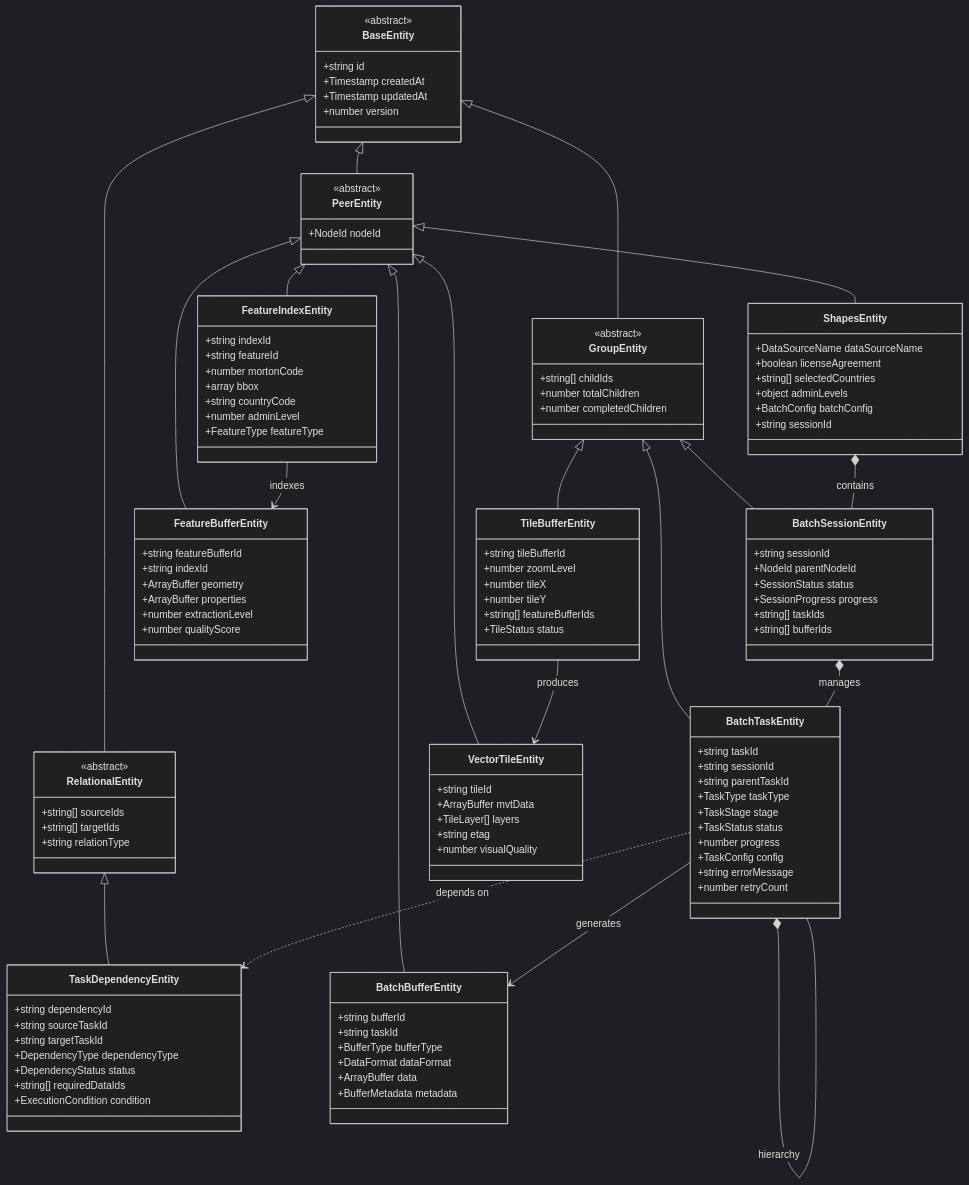
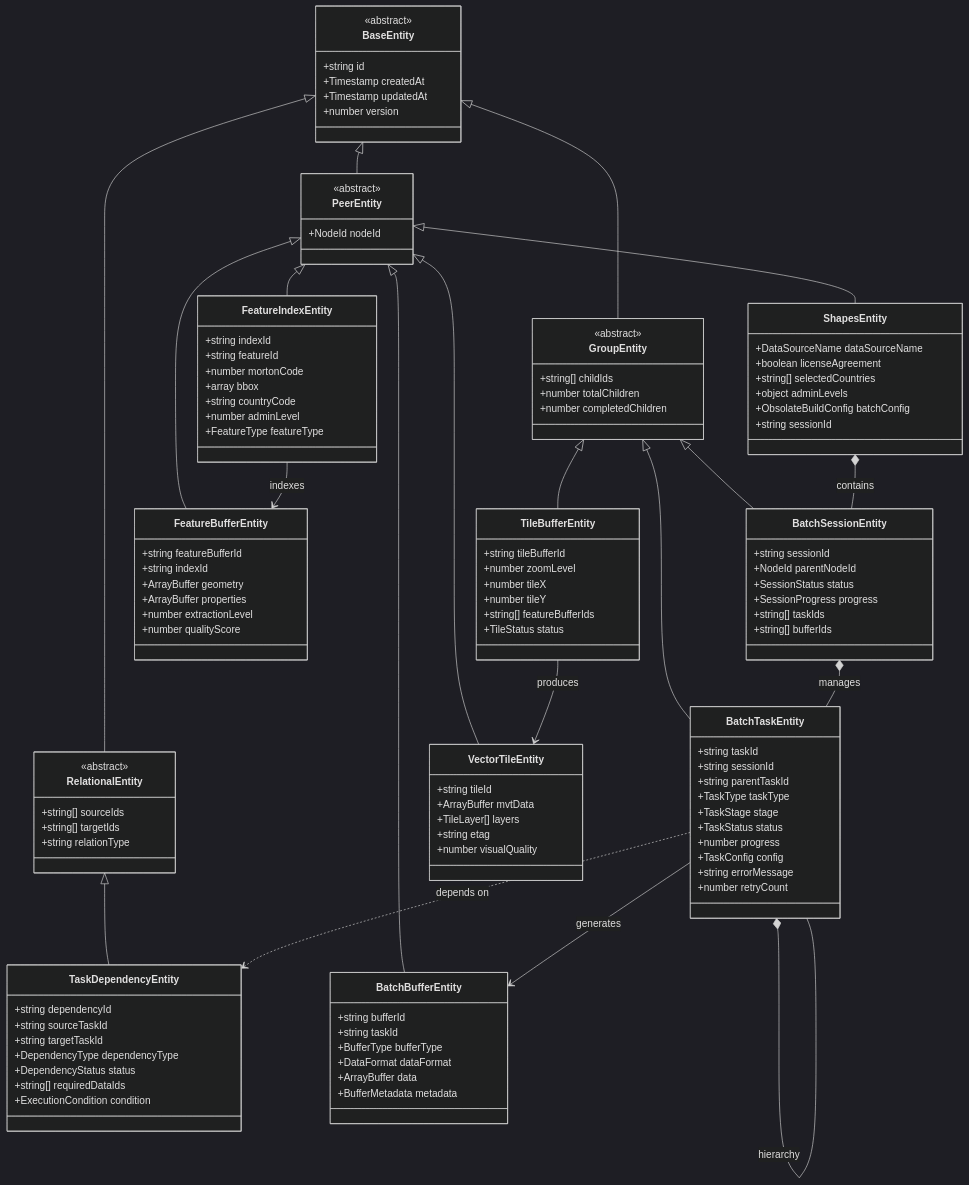
The second of 3 diagrams in docs/deprecated/REPORT/shape/data-model.md (kubohiroya/hierarchidb), drawn with Mermaid (dark theme) before and after one commit. The commit also changed other lines of this file and 127 other files, not shown here.

First line of the commit message:
refactor(plugins): remove deprecated shape-plugin types and harmonize build config naming

```diff
--- a/docs/deprecated/REPORT/shape/data-model.md
+++ b/docs/deprecated/REPORT/shape/data-model.md
@@ -1033,7 +1033,7 @@
         +boolean licenseAgreement
         +string[] selectedCountries
         +object adminLevels
-        +BatchConfig batchConfig
+        +ObsolateBuildConfig batchConfig
         +string sessionId
     }
     
```
